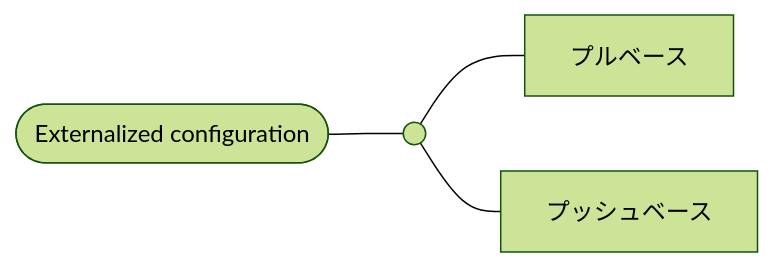
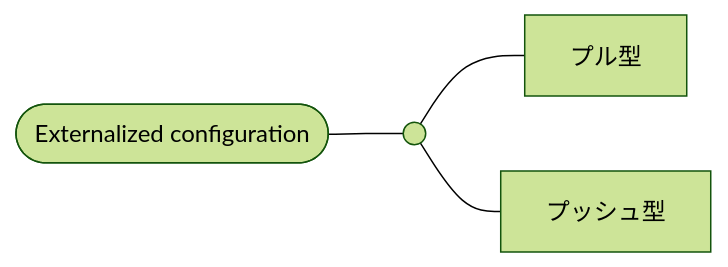
Diagram 18 of 24 in docs/software/software_application_architecture_microservices_cloudnative.md (hiroki-it/tech-notebook), drawn with Mermaid (forest theme) before and after one commit. The commit also changed other lines of this file and 11 other files, not shown here.

````diff
--- a/docs/software/software_application_architecture_microservices_cloudnative.md
+++ b/docs/software/software_application_architecture_microservices_cloudnative.md
@@ -1539,8 +1539,8 @@
 ```mermaid
 flowchart LR
 
   Externalized-configuration(["Externalized configuration"]) --- Externalized-configurationの基点(( ))
-  Externalized-configurationの基点 --- プルベース
-  Externalized-configurationの基点 --- プッシュベース
+  Externalized-configurationの基点 --- プル型
+  Externalized-configurationの基点 --- プッシュ型
 
 ```
````
